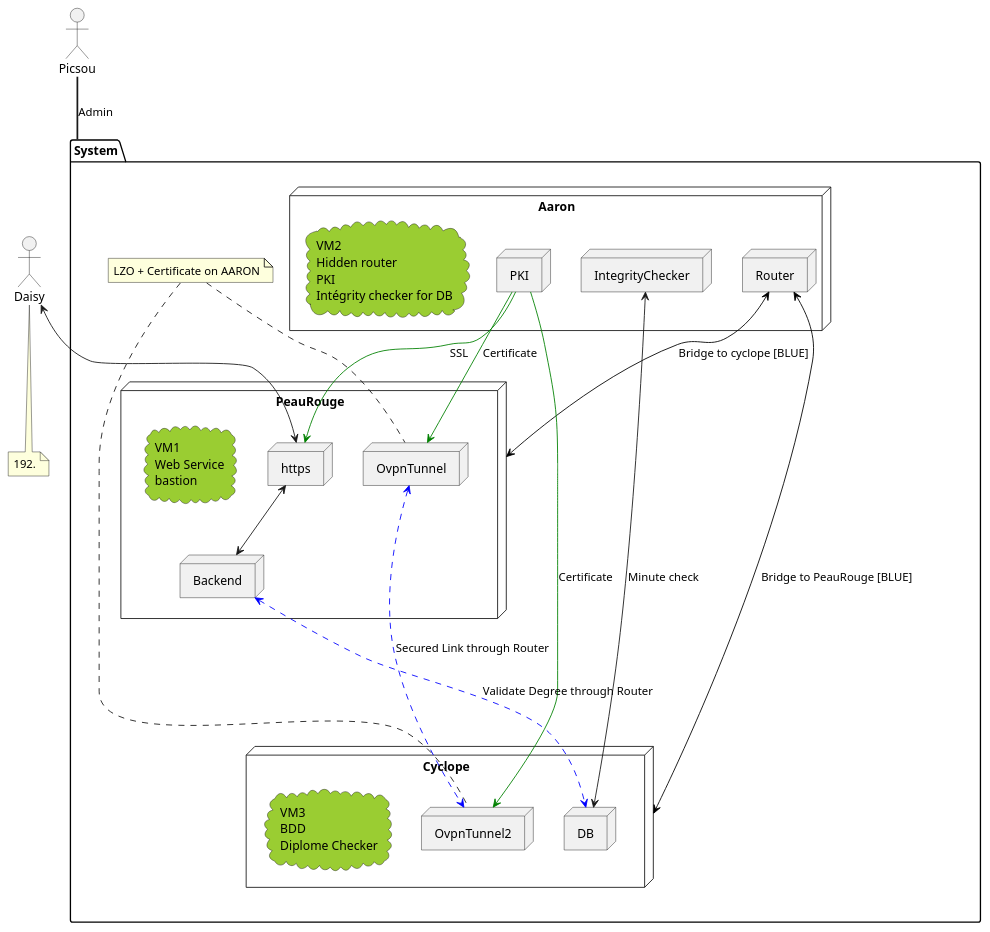
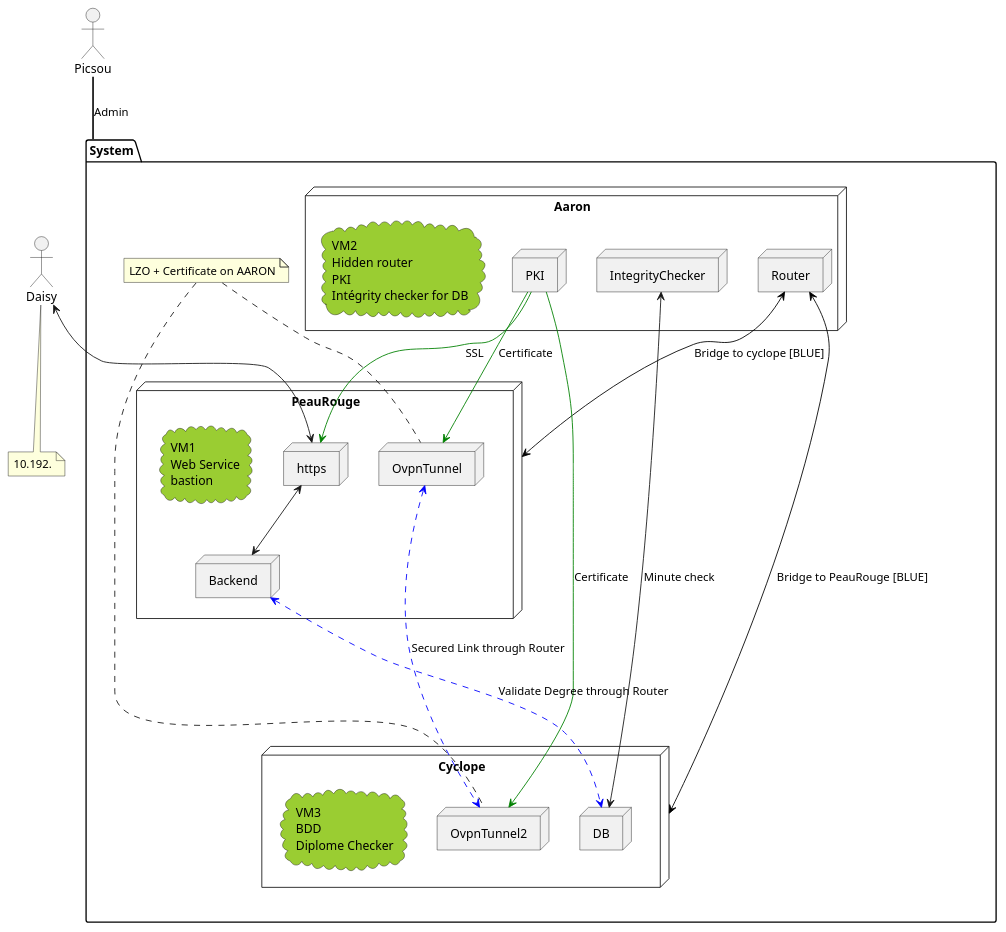
One commit to batleforc/M1-Project-network changed the diagram in infra.wsd. Above: the diagram before and after it, drawn with PlantUML. The commit also changed 1 other file, not shown here.

```diff
--- a/infra.wsd
+++ b/infra.wsd
@@ -1,67 +1,67 @@
 @startuml Glob
 actor Daisy
 actor Picsou
 folder System{
   node PeauRouge {
     node https
     node OvpnTunnel
     node Backend
     cloud notePeauRouge #YellowGreen[
       VM1
       Web Service
       bastion
     ]
   }
   node Aaron{
     node Router
     node PKI
     node IntegrityChecker
     cloud noteAaron #YellowGreen[
       VM2
       Hidden router
       PKI
       Intégrity checker for DB
     ]
   }
   node Cyclope{
     node DB
     node OvpnTunnel2
     cloud noteCyclop #YellowGreen[
       VM3
       BDD
       Diplome Checker
     ]
   }
   note "LZO + Certificate on AARON" as vpn
 }
 
-note "192." as noteDaisy
+note "10.192." as noteDaisy
 Daisy .. noteDaisy
 Picsou == System : Admin
 
 
 
 
 vpn .. OvpnTunnel
 vpn .. OvpnTunnel2
 
 
 Daisy <--> https
 
 PeauRouge <-[#Black]-> Router : Bridge to cyclope [BLUE]
 Router <-[#Black]-> Cyclope : Bridge to PeauRouge [BLUE]
 
 IntegrityChecker <--> DB : Minute check
 
 OvpnTunnel <.[#Blue]..> OvpnTunnel2 : Secured Link through Router
 
 PKI -[#Green]-> https : SSL
 
 PKI -[#Green]-> OvpnTunnel : Certificate
 PKI -[#Green]-> OvpnTunnel2 : Certificate
 
 https <--> Backend
 
 Backend <..[#Blue].> DB : Validate Degree through Router
 
 @enduml
```
